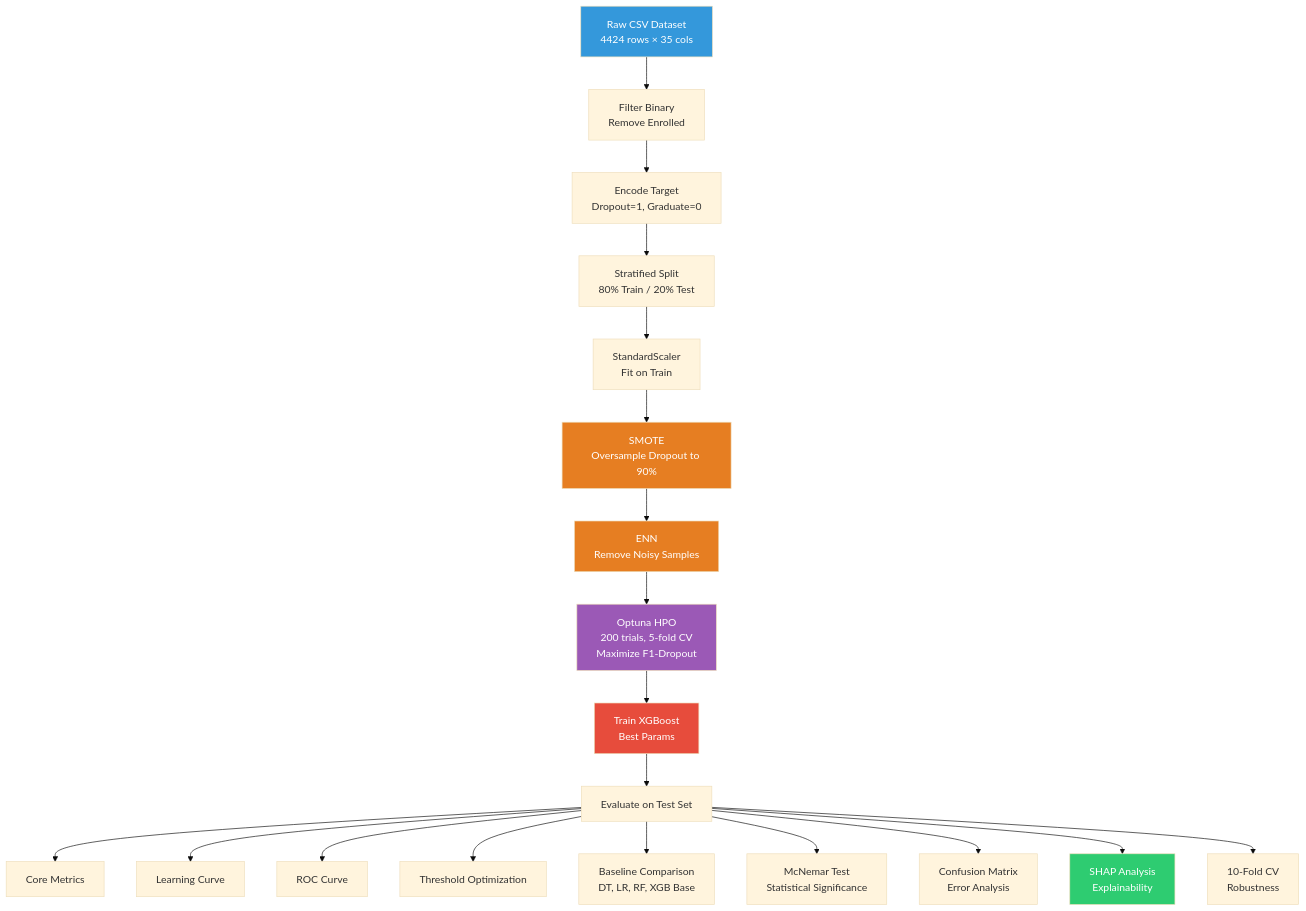
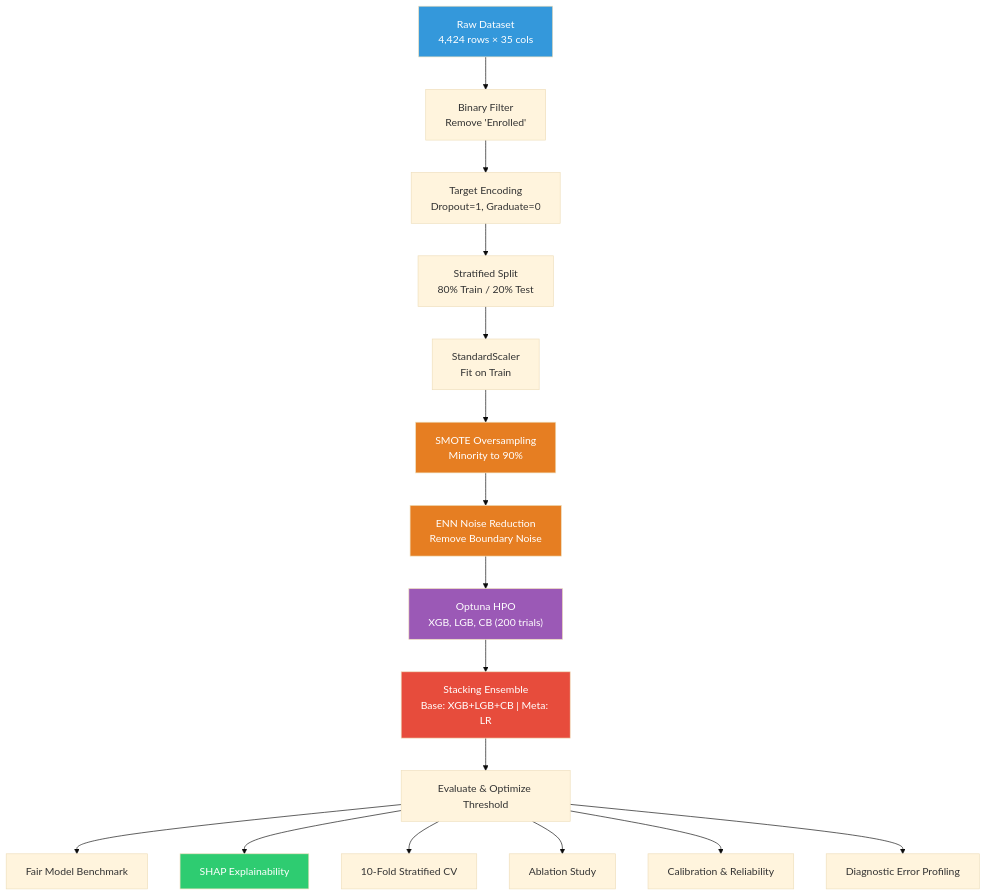
One commit to Nabillah-Alimuddin/student-dropout-prediction-edm changed the diagram in PROJECT_OVERVIEW.md. Above: the diagram before and after it, drawn with Mermaid (base theme). The commit also changed other lines of this file and 2 other files, not shown here.

````diff
--- a/PROJECT_OVERVIEW.md
+++ b/PROJECT_OVERVIEW.md
@@ -396,29 +191,26 @@
 ```mermaid
 flowchart TD
-    A["Raw CSV Dataset<br/>4424 rows × 35 cols"] --> B["Filter Binary<br/>Remove Enrolled"]
-    B --> C["Encode Target<br/>Dropout=1, Graduate=0"]
+    A["Raw Dataset<br/>4,424 rows × 35 cols"] --> B["Binary Filter<br/>Remove 'Enrolled'"]
+    B --> C["Target Encoding<br/>Dropout=1, Graduate=0"]
     C --> D["Stratified Split<br/>80% Train / 20% Test"]
     D --> E["StandardScaler<br/>Fit on Train"]
-    E --> F["SMOTE<br/>Oversample Dropout to 90%"]
-    F --> G["ENN<br/>Remove Noisy Samples"]
-    G --> H["Optuna HPO<br/>200 trials, 5-fold CV<br/>Maximize F1-Dropout"]
-    H --> I["Train XGBoost<br/>Best Params"]
-    I --> J["Evaluate on Test Set"]
+    E --> F["SMOTE Oversampling<br/>Minority to 90%"]
+    F --> G["ENN Noise Reduction<br/>Remove Boundary Noise"]
+    G --> H["Optuna HPO<br/>XGB, LGB, CB (200 trials)"]
+    H --> I["Stacking Ensemble<br/>Base: XGB+LGB+CB | Meta: LR"]
+    I --> J["Evaluate & Optimize Threshold"]
     
-    J --> K["Core Metrics"]
-    J --> L["Learning Curve"]
-    J --> M["ROC Curve"]
-    J --> N["Threshold Optimization"]
-    J --> O["Baseline Comparison<br/>DT, LR, RF, XGB Base"]
-    J --> P["McNemar Test<br/>Statistical Significance"]
-    J --> Q["Confusion Matrix<br/>Error Analysis"]
-    J --> R["SHAP Analysis<br/>Explainability"]
-    J --> S["10-Fold CV<br/>Robustness"]
+    J --> K["Fair Model Benchmark"]
+    J --> L["SHAP Explainability"]
+    J --> M["10-Fold Stratified CV"]
+    J --> N["Ablation Study"]
+    J --> O["Calibration & Reliability"]
+    J --> P["Diagnostic Error Profiling"]
 
     style A fill:#3498db,color:#fff
     style F fill:#e67e22,color:#fff
     style G fill:#e67e22,color:#fff
     style H fill:#9b59b6,color:#fff
     style I fill:#e74c3c,color:#fff
-    style R fill:#2ecc71,color:#fff
+    style L fill:#2ecc71,color:#fff
 ```
````
